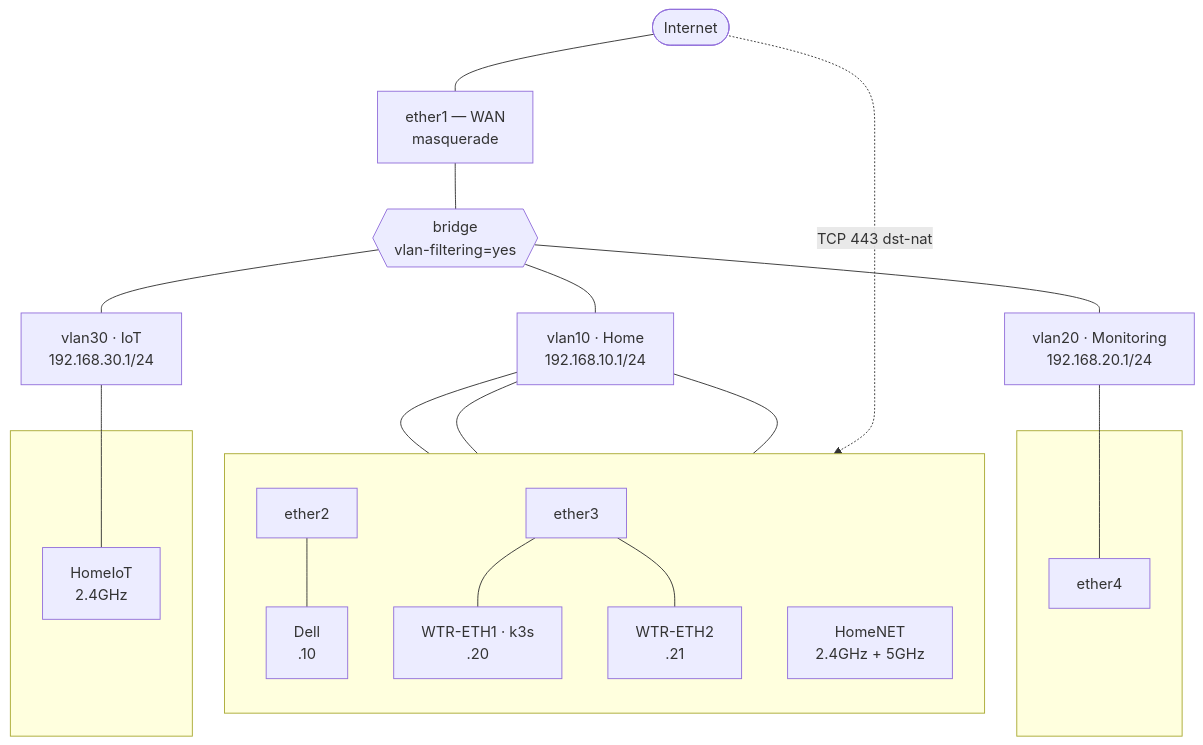
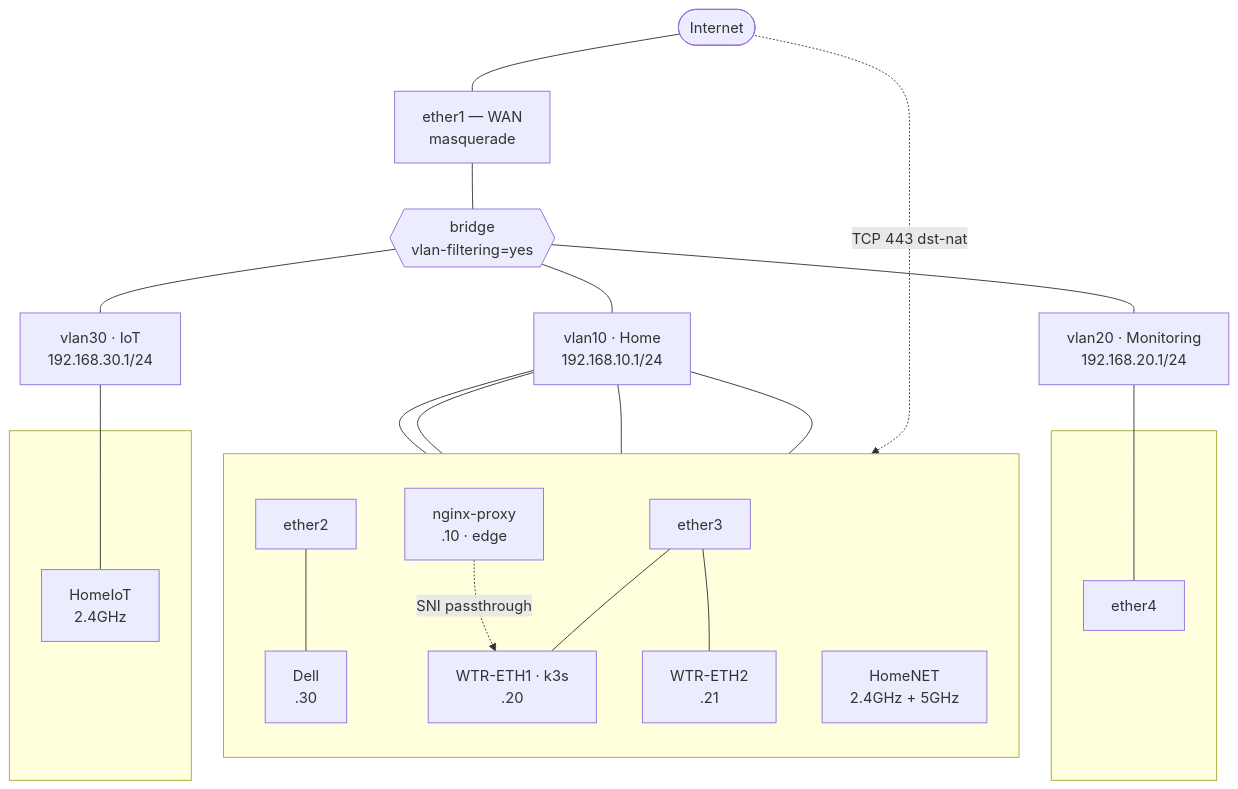
The diagram in mirotik.md (przemekgorzynski/Home_Infra), drawn with Mermaid before and after one commit. The commit also changed other lines of this file and 1 other file, not shown here.

Commit message:
Nginx proxy edge (#358)

````diff
--- a/mirotik.md
+++ b/mirotik.md
@@ -5,31 +5,33 @@
 ```mermaid
 flowchart TD
     NET(["Internet"]) --- WAN["ether1 — WAN<br/>masquerade"]
     WAN --- BR{{"bridge<br/>vlan-filtering=yes"}}
 
     BR --- V10["vlan10 · Home<br/>192.168.10.1/24"]
     BR --- V20["vlan20 · Monitoring<br/>192.168.20.1/24"]
     BR --- V30["vlan30 · IoT<br/>192.168.30.1/24"]
 
     subgraph HOME [" "]
         direction TB
-        E2["ether2"] --- DELL["Dell<br/>.10"]
+        NGX["nginx-proxy<br/>.10 · edge"]
+        E2["ether2"] --- DELL["Dell<br/>.30"]
         E3["ether3"] --- K3S["WTR-ETH1 · k3s<br/>.20"]
         E3 --- K3S2["WTR-ETH2<br/>.21"]
         WIFI["HomeNET<br/>2.4GHz + 5GHz"]
     end
 
     subgraph MON [" "]
         E4["ether4"]
     end
 
     subgraph IOT [" "]
         I2["HomeIoT<br/>2.4GHz"]
     end
 
-    V10 --- E2 & E3 & WIFI
+    V10 --- E2 & E3 & WIFI & NGX
     V20 --- E4
     V30 --- I2
 
-    NET -. "TCP 443 dst-nat" .-> K3S
+    NET -. "TCP 443 dst-nat" .-> NGX
+    NGX -. "SNI passthrough" .-> K3S
 ```
````
